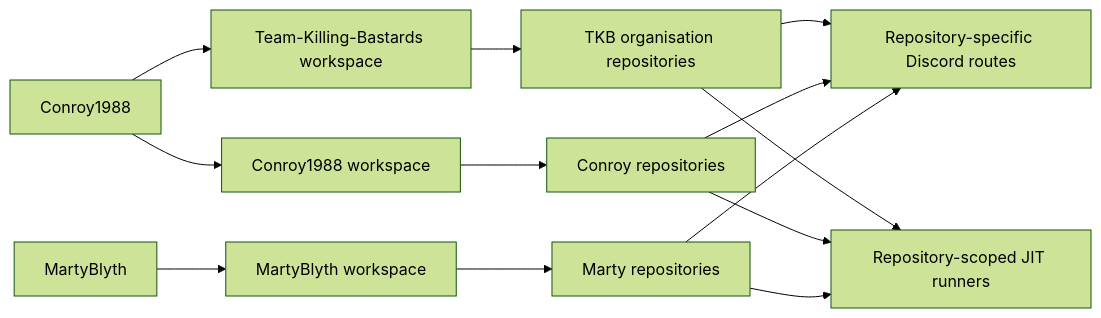
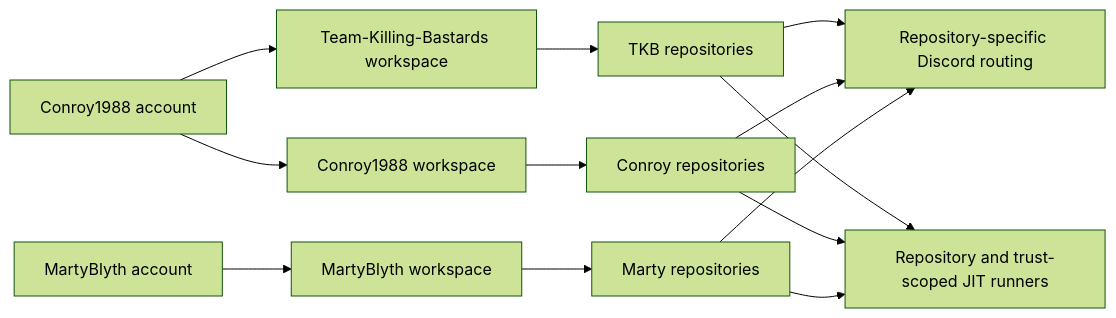
One commit to Team-Killing-Bastards/.github changed the diagram in profile/README.md. Above: the diagram before and after it, drawn with Mermaid (forest theme). The commit also changed other lines of this file, not shown here.

Commit message:
Synchronise organisation profile with current repository portfolio

````diff
--- a/profile/README.md
+++ b/profile/README.md
@@ -372,18 +357,18 @@
 ```mermaid
 flowchart LR
-    Dan["Conroy1988"] --> DanWS["Conroy1988 workspace"]
-    Dan --> TKBWS["Team-Killing-Bastards workspace"]
-    Marty["MartyBlyth"] --> MartyWS["MartyBlyth workspace"]
+    Dan[Conroy1988 account] --> TKB[Team-Killing-Bastards workspace]
+    Dan --> Conroy[Conroy1988 workspace]
+    Marty[MartyBlyth account] --> MartySpace[MartyBlyth workspace]
 
-    TKBWS --> OrgRepos["TKB organisation repositories"]
-    DanWS --> DanRepos["Conroy repositories"]
-    MartyWS --> MartyRepos["Marty repositories"]
+    TKB --> TKBRepos[TKB repositories]
+    Conroy --> ConroyRepos[Conroy repositories]
+    MartySpace --> MartyRepos[Marty repositories]
 
-    OrgRepos --> Discord["Repository-specific Discord routes"]
-    DanRepos --> Discord
-    MartyRepos --> Discord
+    TKBRepos --> Routing[Repository-specific Discord routing]
+    ConroyRepos --> Routing
+    MartyRepos --> Routing
 
-    OrgRepos --> Runners["Repository-scoped JIT runners"]
-    DanRepos --> Runners
+    TKBRepos --> Runners[Repository and trust-scoped JIT runners]
+    ConroyRepos --> Runners
     MartyRepos --> Runners
 ```
````
